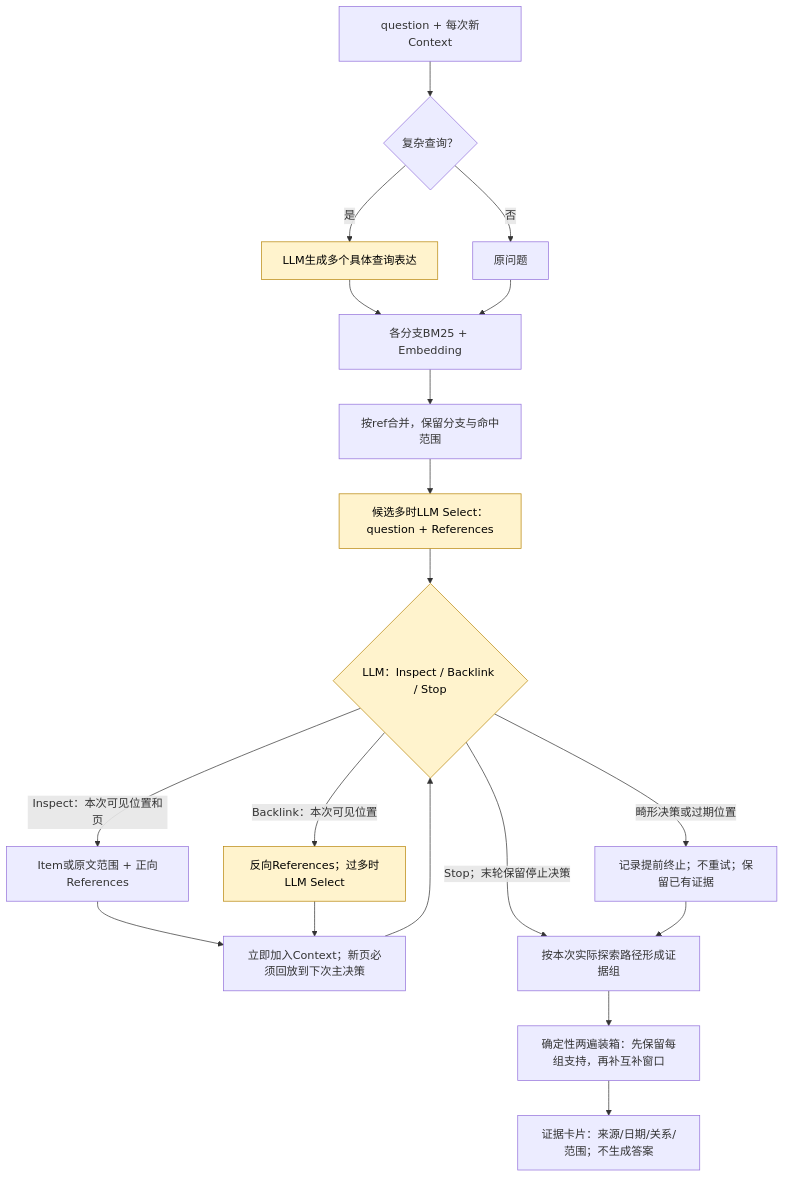
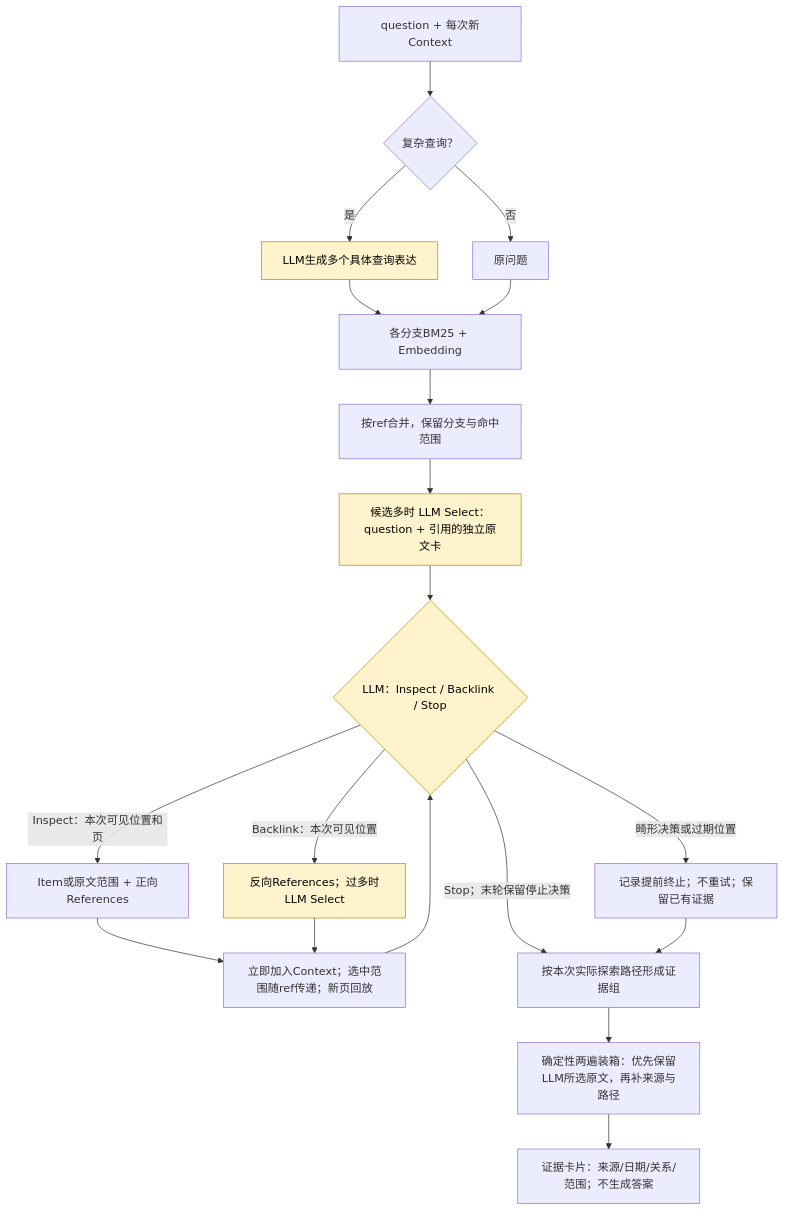
The second of 2 diagrams in DESIGN.md (Graygoo7529/AM-Link), drawn with Mermaid before and after one commit. The commit also changed other lines of this file and 24 other files, not shown here.

````diff
--- a/DESIGN.md
+++ b/DESIGN.md
@@ -62,23 +59,23 @@
 ```mermaid
 flowchart TD
  A[question + 每次新Context] --> B{复杂查询？}
  B -->|是| C[LLM生成多个具体查询表达]
  B -->|否| D[原问题]
  C --> Q[各分支BM25 + Embedding]
  D --> Q
  Q --> U[按ref合并，保留分支与命中范围]
- U --> S[候选多时LLM Select：question + References]
+ U --> S[候选多时 LLM Select：question + 引用的独立原文卡]
  S --> L{LLM：Inspect / Backlink / Stop}
  L -->|Inspect：本次可见位置和页| I[Item或原文范围 + 正向References]
  L -->|Backlink：本次可见位置| K[反向References；过多时LLM Select]
- I --> P[立即加入Context；新页必须回放到下次主决策]
+ I --> P[立即加入Context；选中范围随ref传递；新页回放]
  K --> P
  P --> L
  L -->|Stop；末轮保留停止决策| G[按本次实际探索路径形成证据组]
  L -->|畸形决策或过期位置| T[记录提前终止；不重试；保留已有证据]
  T --> G
- G --> F[确定性两遍装箱：先保留每组支持，再补互补窗口]
+ G --> F[确定性两遍装箱：优先保留LLM所选原文，再补来源与路径]
  F --> O[证据卡片：来源/日期/关系/范围；不生成答案]
  classDef llm fill:#fff3cd,stroke:#b8860b,color:#000
  class C,S,L,K llm
 ```
````
